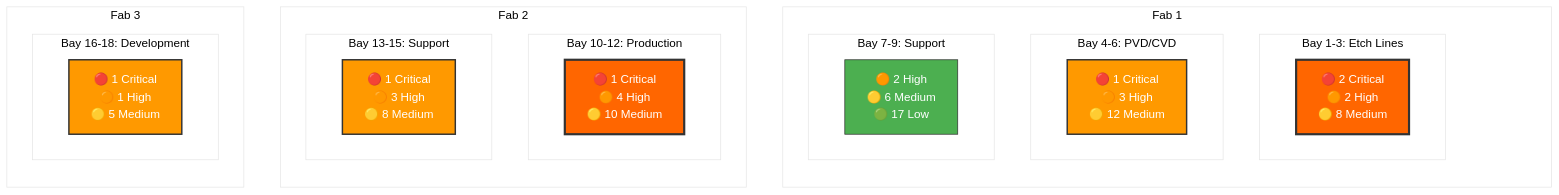
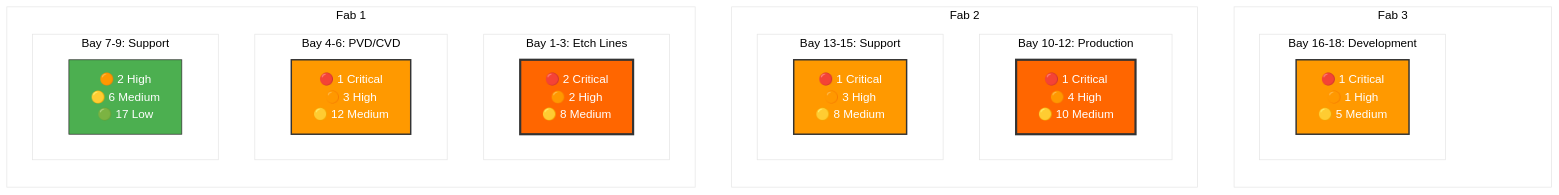
Before and after one commit to StephanieHepp/Risk-Assessment: the third of 10 diagrams in scaled_vacuum_report_200.md, drawn with Mermaid. The commit also changed other lines of this file, not shown here.

````diff
--- a/scaled_vacuum_report_200.md
+++ b/scaled_vacuum_report_200.md
@@ -40,48 +40,48 @@
 ```mermaid
 %%{init: {'theme':'base', 'themeVariables': {'primaryColor':'#fff', 'secondaryColor':'#000'}}}%%
 graph TB
-    subgraph "Fab 1"
+    subgraph "Fab 3"
         direction TB
         spacer["<br/><br/>"]:::invisible
-            subgraph "Bay 1-3: Etch Lines" 
-                F1B1["🔴 2 Critical<br/>🟠 2 High<br/>🟡 8 Medium"]
-            end
-            subgraph "Bay 4-6: PVD/CVD"
-                F1B2["🔴 1 Critical<br/>🟠 3 High<br/>🟡 12 Medium"]
-            end
-            subgraph "Bay 7-9: Support" 
-                F1B3["🟠 2 High<br/>🟡 6 Medium<br/>🟢 17 Low"]
+            subgraph "Bay 16-18: Development"
+                F3B1["🔴 1 Critical<br/>🟠 1 High<br/>🟡 5 Medium"]
             end
     end
     
     subgraph "Fab 2"
         direction TB
         spacer["<br/><br/>"]:::invisible
             subgraph "Bay 10-12: Production"
                 F2B1["🔴 1 Critical<br/>🟠 4 High<br/>🟡 10 Medium"]
             end
             subgraph "Bay 13-15: Support"
                 F2B2["🔴 1 Critical<br/>🟠 3 High<br/>🟡 8 Medium"]
             end
     end
     
-    subgraph "Fab 3"
+    subgraph "Fab 1"
         direction TB
         spacer["<br/><br/>"]:::invisible
-            subgraph "Bay 16-18: Development"
-                F3B1["🔴 1 Critical<br/>🟠 1 High<br/>🟡 5 Medium"]
+            subgraph "Bay 1-3: Etch Lines" 
+                F1B1["🔴 2 Critical<br/>🟠 2 High<br/>🟡 8 Medium"]
+            end
+            subgraph "Bay 4-6: PVD/CVD"
+                F1B2["🔴 1 Critical<br/>🟠 3 High<br/>🟡 12 Medium"]
+            end
+            subgraph "Bay 7-9: Support" 
+                F1B3["🟠 2 High<br/>🟡 6 Medium<br/>🟢 17 Low"]
             end
     end
 
     classDef invisible fill:none,stroke:none,stroke-width:0px
     classDef critical fill:#ff6600,stroke:#333,stroke-width:3px,color:#fff
     classDef high fill:#ff9900,stroke:#333,stroke-width:2px,color:#fff
     classDef medium fill:#ffcc00,stroke:#333,stroke-width:2px,color:#000
     classDef lowrisk fill:#4CAF50,stroke:#333,stroke-width:1px,color:#fff
     
 
     
     class F1B1,F2B1 critical
     class F1B2,F2B2,F3B1 high
     class F1B3 lowrisk
 ```
````
